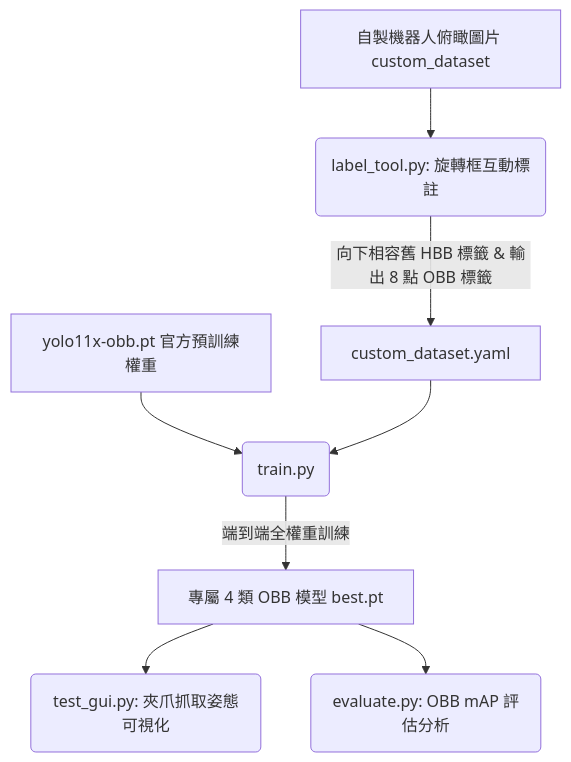
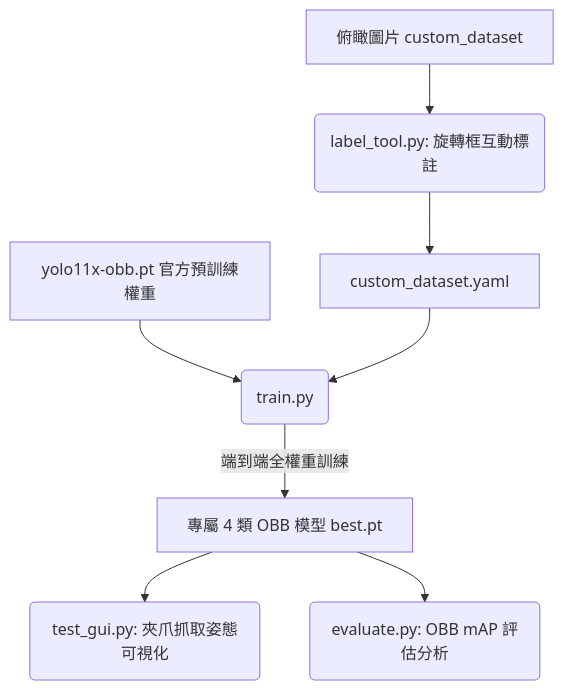
The diagram in README.md (BigBlueW/garbage-classification-yolo), drawn with Mermaid before and after one commit. The commit also changed other lines of this file and 133 other files, not shown here.

````diff
--- a/README.md
+++ b/README.md
@@ -13,12 +13,12 @@
 ```mermaid
 graph TD
-    A[自製機器人俯瞰圖片 custom_dataset] --> B(label_tool.py: 旋轉框互動標註)
-    B -->|向下相容舊 HBB 標籤 & 輸出 8 點 OBB 標籤| C[custom_dataset.yaml]
+    A[俯瞰圖片 custom_dataset] --> B(label_tool.py: 旋轉框互動標註)
+    B --> C[custom_dataset.yaml]
     
     D[yolo11x-obb.pt 官方預訓練權重] --> E(train.py)
     C --> E
     
     E -->|端到端全權重訓練| F[專屬 4 類 OBB 模型 best.pt]
     F --> G(test_gui.py: 夾爪抓取姿態可視化)
     F --> H(evaluate.py: OBB mAP 評估分析)
 ```
````
